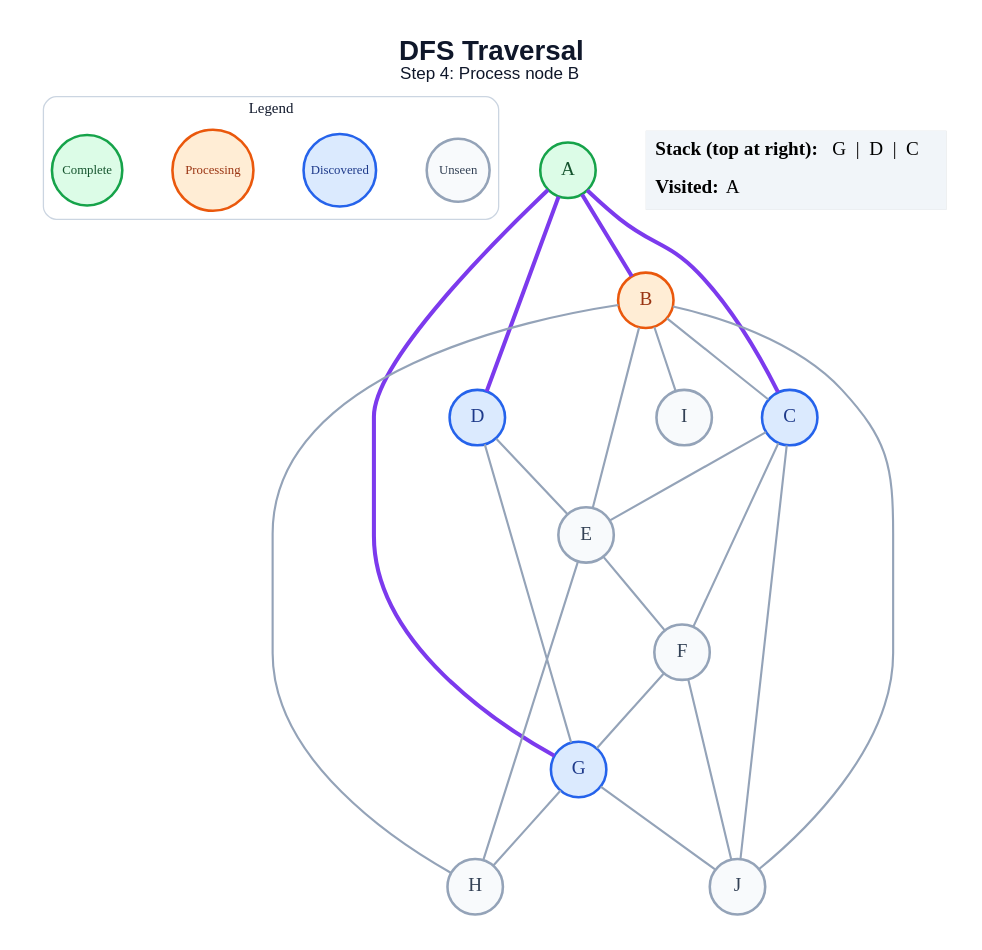
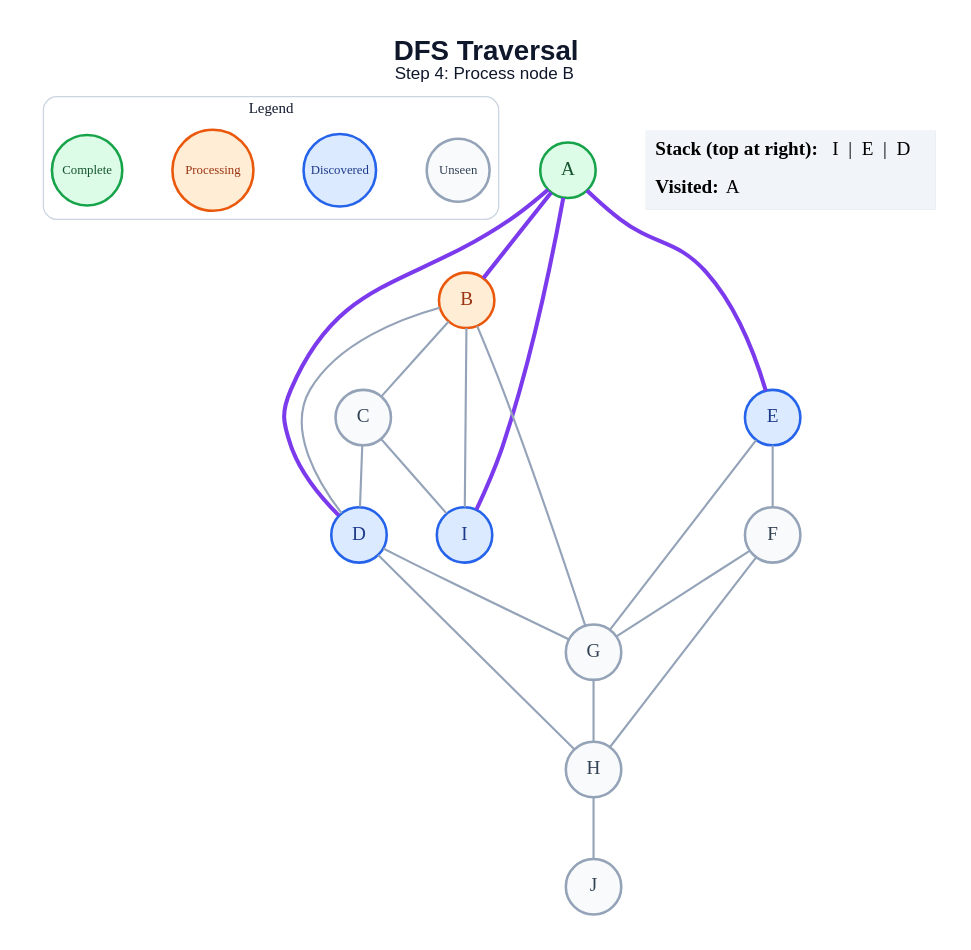
One commit to amanghodawala9/ai-slop changed the diagram in generated/dfs/step_04.dot. Above: the diagram before and after it, drawn with Graphviz. The commit also changed 178 other files, not shown here.

```diff
--- a/generated/dfs/step_04.dot
+++ b/generated/dfs/step_04.dot
@@ -1,49 +1,47 @@
 graph traversal {
   graph [layout=dot, rankdir=TB, bgcolor="#FFFFFF", pad="0.35", nodesep="0.65", ranksep="0.8", fontname="Arial"];
   node [shape=circle, style="filled", fontname="Arial Bold", fontsize=18, width=0.72, fixedsize=true, penwidth=2.4];
   edge [color="#94A3B8", penwidth=2.0];
   label=<<B>DFS Traversal</B><BR/><FONT POINT-SIZE="16">Step 4: Process node B</FONT>>; labelloc="t"; fontsize=26; fontname="Arial"; fontcolor="#0F172A";
   subgraph cluster_legend { label="Legend"; color="#CBD5E1"; penwidth=1.2; style="rounded"; fontsize=14; fontname="Arial Bold";
     key_unseen [label="Unseen", fillcolor="#F8FAFC", color="#94A3B8", fontcolor="#334155", fontsize=12, width=0.82];
     key_frontier [label="Discovered", fillcolor="#DBEAFE", color="#2563EB", fontcolor="#1E3A8A", fontsize=12, width=0.95];
     key_current [label="Processing", fillcolor="#FFEDD5", color="#EA580C", fontcolor="#9A3412", fontsize=12, width=1.05];
     key_done [label="Complete", fillcolor="#DCFCE7", color="#16A34A", fontcolor="#14532D", fontsize=12, width=0.92];
     { rank=same; key_unseen; key_frontier; key_current; key_done; }
   }
   A [fillcolor="#DCFCE7", color="#16A34A", fontcolor="#14532D"];
   B [fillcolor="#FFEDD5", color="#EA580C", fontcolor="#9A3412"];
-  C [fillcolor="#DBEAFE", color="#2563EB", fontcolor="#1E3A8A"];
+  C [fillcolor="#F8FAFC", color="#94A3B8", fontcolor="#334155"];
   D [fillcolor="#DBEAFE", color="#2563EB", fontcolor="#1E3A8A"];
-  E [fillcolor="#F8FAFC", color="#94A3B8", fontcolor="#334155"];
+  E [fillcolor="#DBEAFE", color="#2563EB", fontcolor="#1E3A8A"];
   F [fillcolor="#F8FAFC", color="#94A3B8", fontcolor="#334155"];
-  G [fillcolor="#DBEAFE", color="#2563EB", fontcolor="#1E3A8A"];
+  G [fillcolor="#F8FAFC", color="#94A3B8", fontcolor="#334155"];
   H [fillcolor="#F8FAFC", color="#94A3B8", fontcolor="#334155"];
-  I [fillcolor="#F8FAFC", color="#94A3B8", fontcolor="#334155"];
+  I [fillcolor="#DBEAFE", color="#2563EB", fontcolor="#1E3A8A"];
   J [fillcolor="#F8FAFC", color="#94A3B8", fontcolor="#334155"];
   A -- B [color="#7C3AED", penwidth=3.8];
-  A -- C [color="#7C3AED", penwidth=3.8];
   A -- D [color="#7C3AED", penwidth=3.8];
-  A -- G [color="#7C3AED", penwidth=3.8];
+  A -- E [color="#7C3AED", penwidth=3.8];
+  A -- I [color="#7C3AED", penwidth=3.8];
   B -- C;
-  B -- E;
-  B -- H;
+  B -- D;
+  B -- G;
   B -- I;
-  B -- J;
-  C -- E;
-  C -- F;
-  C -- J;
-  D -- E;
+  C -- D;
+  C -- I;
   D -- G;
+  D -- H;
   E -- F;
-  E -- H;
+  E -- G;
   F -- G;
-  F -- J;
+  F -- H;
   G -- H;
-  G -- J;
+  H -- J;
   status [shape=plain, fixedsize=false, width=0, height=0, margin=0, label=<
     <TABLE BORDER="0" CELLBORDER="0" CELLPADDING="7" BGCOLOR="#F1F5F9">
-      <TR><TD ALIGN="LEFT"><B>Stack (top at right):</B> G  |  D  |  C</TD></TR>
+      <TR><TD ALIGN="LEFT"><B>Stack (top at right):</B> I  |  E  |  D</TD></TR>
       <TR><TD ALIGN="LEFT"><B>Visited:</B> A</TD></TR>
     </TABLE>
   >];
 }
```
